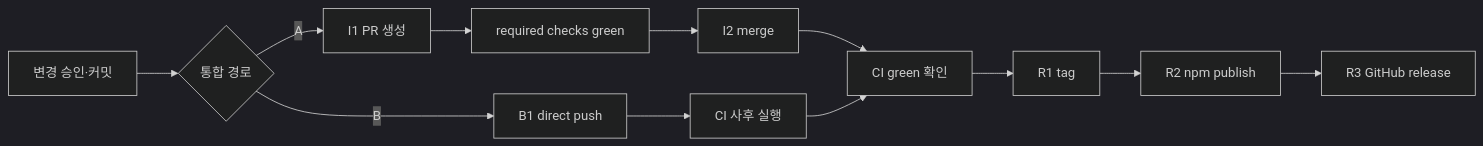
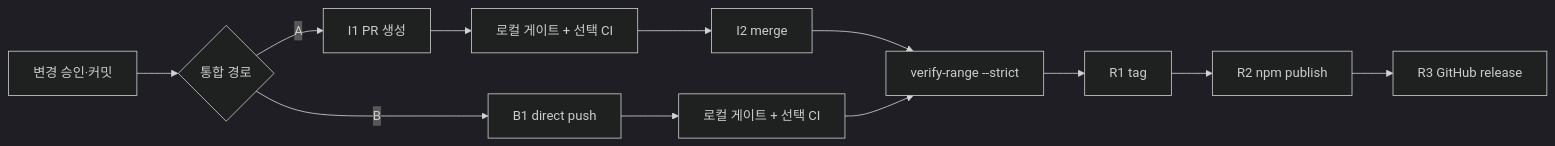
One commit to sol5288/commitgate changed the diagram in docs/ssot-design/10-operations-deployment-and-observability.md. Above: the diagram before and after it, drawn with Mermaid (dark theme). The commit also changed other lines of this file and 52 other files, not shown here.

````diff
--- a/docs/ssot-design/10-operations-deployment-and-observability.md
+++ b/docs/ssot-design/10-operations-deployment-and-observability.md
@@ -58,9 +60,9 @@
 ```mermaid
 flowchart LR
     Dev[변경 승인·커밋] --> Int{통합 경로}
-    Int -->|A| I1[I1 PR 생성] --> Green1[required checks green] --> I2[I2 merge]
-    Int -->|B| B1[B1 direct push] --> PostCI[CI 사후 실행]
-    I2 --> Green2[CI green 확인]
-    PostCI --> Green2
-    Green2 --> R1[R1 tag] --> R2[R2 npm publish] --> R3[R3 GitHub release]
+    Int -->|A| I1[I1 PR 생성] --> Local1[로컬 게이트 + 선택 CI] --> I2[I2 merge]
+    Int -->|B| B1[B1 direct push] --> Local2[로컬 게이트 + 선택 CI]
+    I2 --> Strict[verify-range --strict]
+    Local2 --> Strict
+    Strict --> R1[R1 tag] --> R2[R2 npm publish] --> R3[R3 GitHub release]
 ```
````
